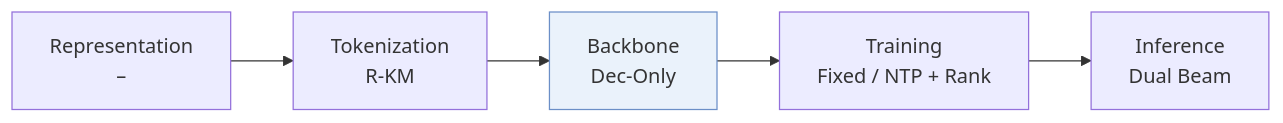
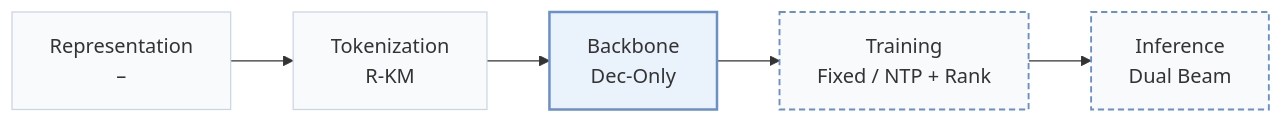
One commit to Galaxy-ghost/Awesome-SID-Generative-Rec changed the first of 2 diagrams in pages/papers/dualgr.md. Above: the diagram before and after it, drawn with Mermaid. The commit also changed other lines of this file and 649 other files, not shown here.

Commit message:
writer-05: also tags and modality index (schema, check, build, visuals); summary field removed; calibration data for 12 papers

````diff
--- a/pages/papers/dualgr.md
+++ b/pages/papers/dualgr.md
@@ -13,6 +15,10 @@
 ```mermaid
 flowchart LR
     R["Representation<br/>–"] --> T["Tokenization<br/>R-KM"] --> B["Backbone<br/>Dec-Only"] --> TR["Training<br/>Fixed / NTP + Rank"] --> I["Inference<br/>Dual Beam"]
-    classDef main fill:#eaf2fb,stroke:#6b8fc7
+    classDef base fill:#f8fafc,stroke:#cbd5e1
+    class R,T,B,TR,I base
+    classDef also fill:#f8fafc,stroke:#6b8fc7,stroke-width:1.5px,stroke-dasharray:5 3
+    class TR,I also
+    classDef main fill:#eaf2fb,stroke:#6b8fc7,stroke-width:2px
     class B main
 ```
````
